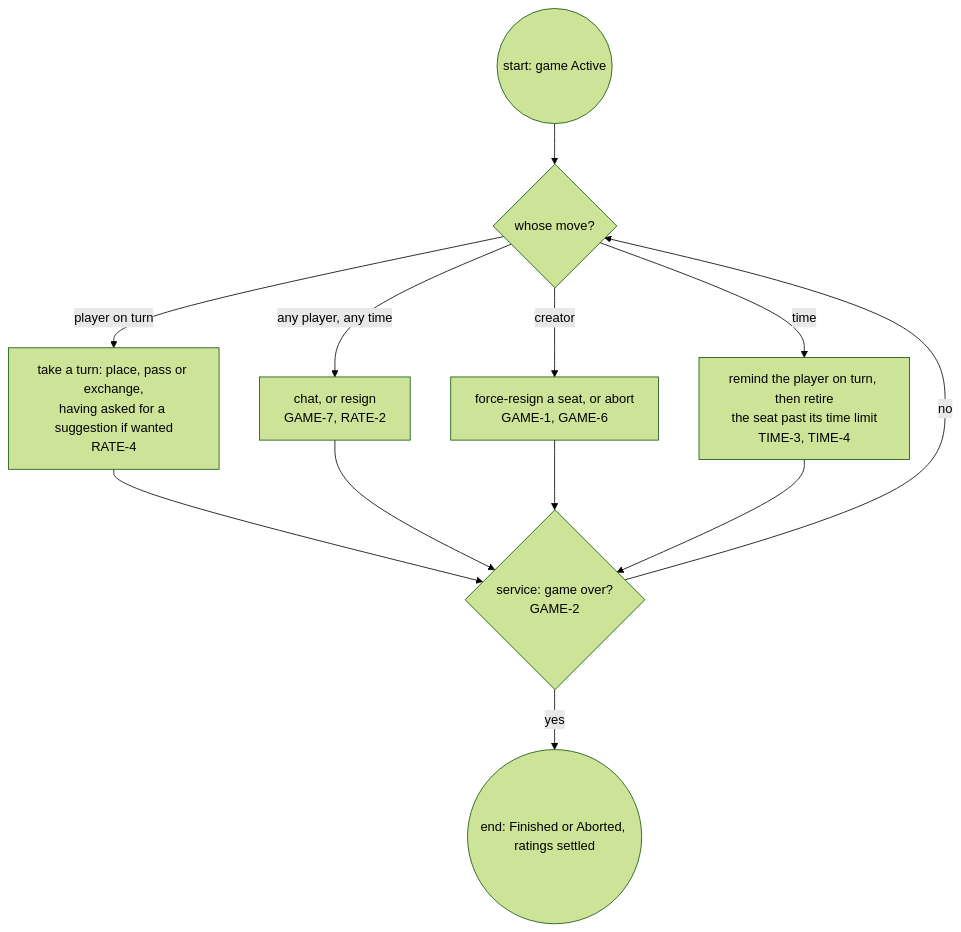
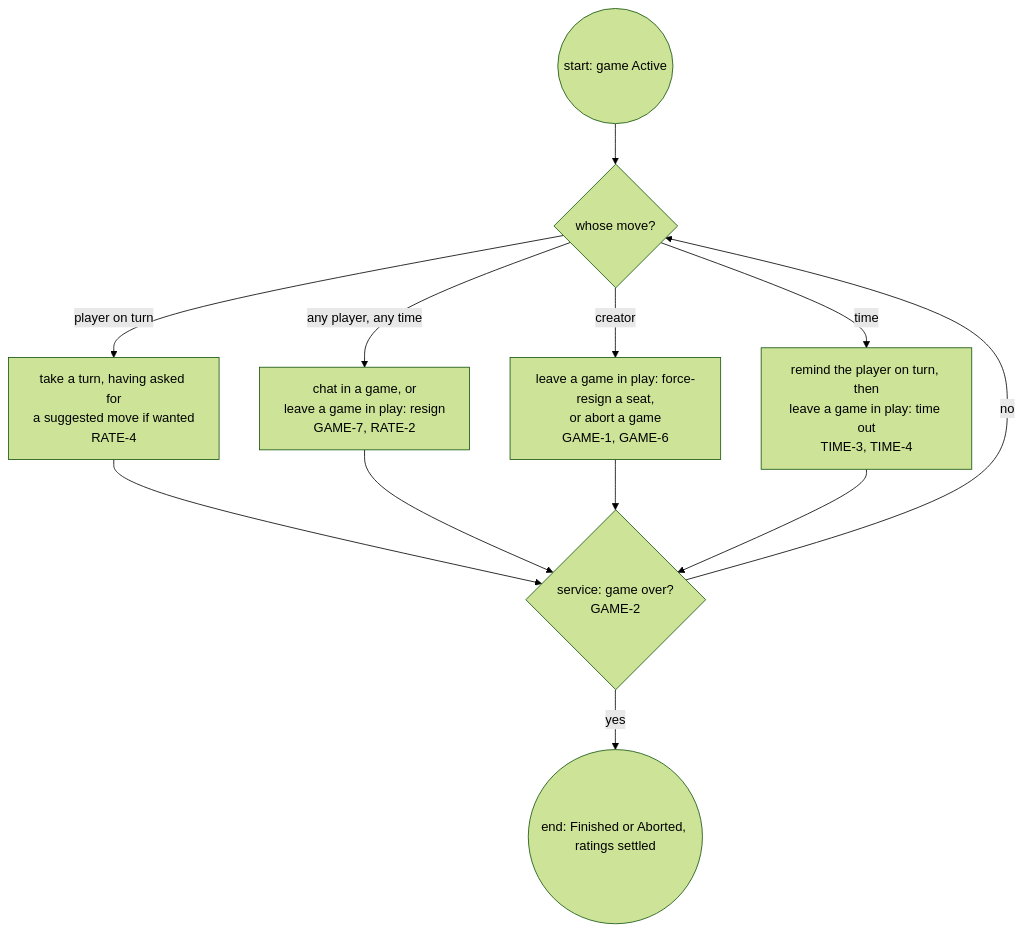
Before and after one commit to delphside/programme: diagram 14 of 29 in docs/changes/workstreams/application-game-architecture/71-one-game-model/71-functional.md, drawn with Mermaid (forest theme). The commit also changed other lines of this file and 1 other file, not shown here.

````diff
--- a/docs/changes/workstreams/application-game-architecture/71-one-game-model/71-functional.md
+++ b/docs/changes/workstreams/application-game-architecture/71-one-game-model/71-functional.md
@@ -306,14 +320,14 @@
 ```mermaid
 flowchart TD
   s0((start: game Active)) --> d0{"whose move?"}
-  d0 -- "player on turn" --> a1["take a turn: place, pass or exchange,<br/>having asked for a suggestion if wanted<br/>RATE-4"]
-  d0 -- "any player, any time" --> a2["chat, or resign<br/>GAME-7, RATE-2"]
-  d0 -- creator --> a3["force-resign a seat, or abort<br/>GAME-1, GAME-6"]
-  d0 -- time --> a4["remind the player on turn, then retire<br/>the seat past its time limit<br/>TIME-3, TIME-4"]
+  d0 -- "player on turn" --> a1["take a turn, having asked for<br/>a suggested move if wanted<br/>RATE-4"]
+  d0 -- "any player, any time" --> a2["chat in a game, or<br/>leave a game in play: resign<br/>GAME-7, RATE-2"]
+  d0 -- creator --> a3["leave a game in play: force-resign a seat,<br/>or abort a game<br/>GAME-1, GAME-6"]
+  d0 -- time --> a4["remind the player on turn, then<br/>leave a game in play: time out<br/>TIME-3, TIME-4"]
   a1 --> v1{"service: game over?<br/>GAME-2"}
   a2 --> v1
   a3 --> v1
   a4 --> v1
   v1 -- no --> d0
   v1 -- yes --> e0((end: Finished or Aborted, ratings settled))
 ```
````
